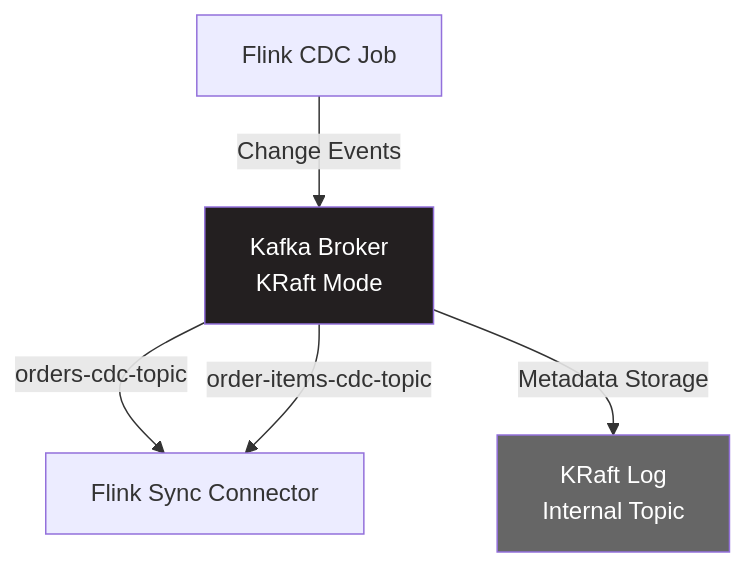
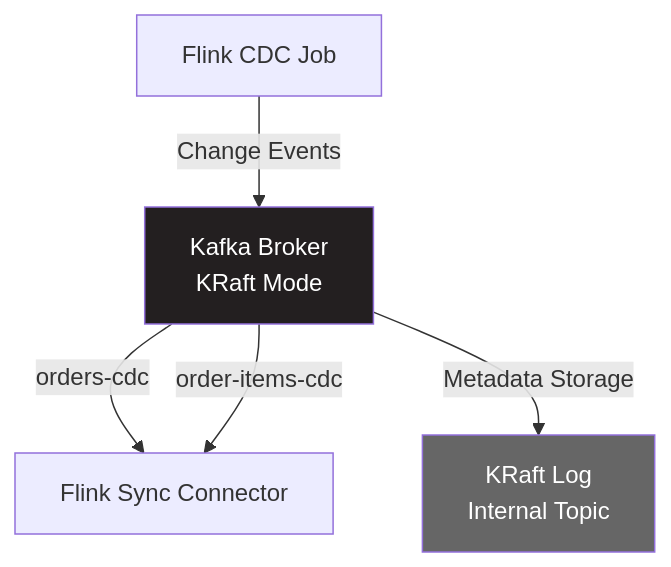
Before and after one commit to duarbdhks/flink_clikhouse: the diagram in claudedocs/pipeline/03-confluent-kafka.md, drawn with Mermaid. The commit also changed other lines of this file and 15 other files, not shown here.

Commit message:
refactor: Kafka Topic 이름 변경 xx-cdc-topic -> xx-cdc

````diff
--- a/claudedocs/pipeline/03-confluent-kafka.md
+++ b/claudedocs/pipeline/03-confluent-kafka.md
@@ -14,11 +14,11 @@
 ```mermaid
 graph TB
     FlinkCDC[Flink CDC Job] -->|Change Events| Kafka[Kafka Broker<br/>KRaft Mode]
-    Kafka -->|orders-cdc-topic| FlinkSync[Flink Sync Connector]
-    Kafka -->|order-items-cdc-topic| FlinkSync
+    Kafka -->|orders-cdc| FlinkSync[Flink Sync Connector]
+    Kafka -->|order-items-cdc| FlinkSync
 
     Kafka -->|Metadata Storage| KRaftLog[KRaft Log<br/>Internal Topic]
 
     style Kafka fill:#231F20,color:#fff
     style KRaftLog fill:#666,color:#fff
 ```
````
